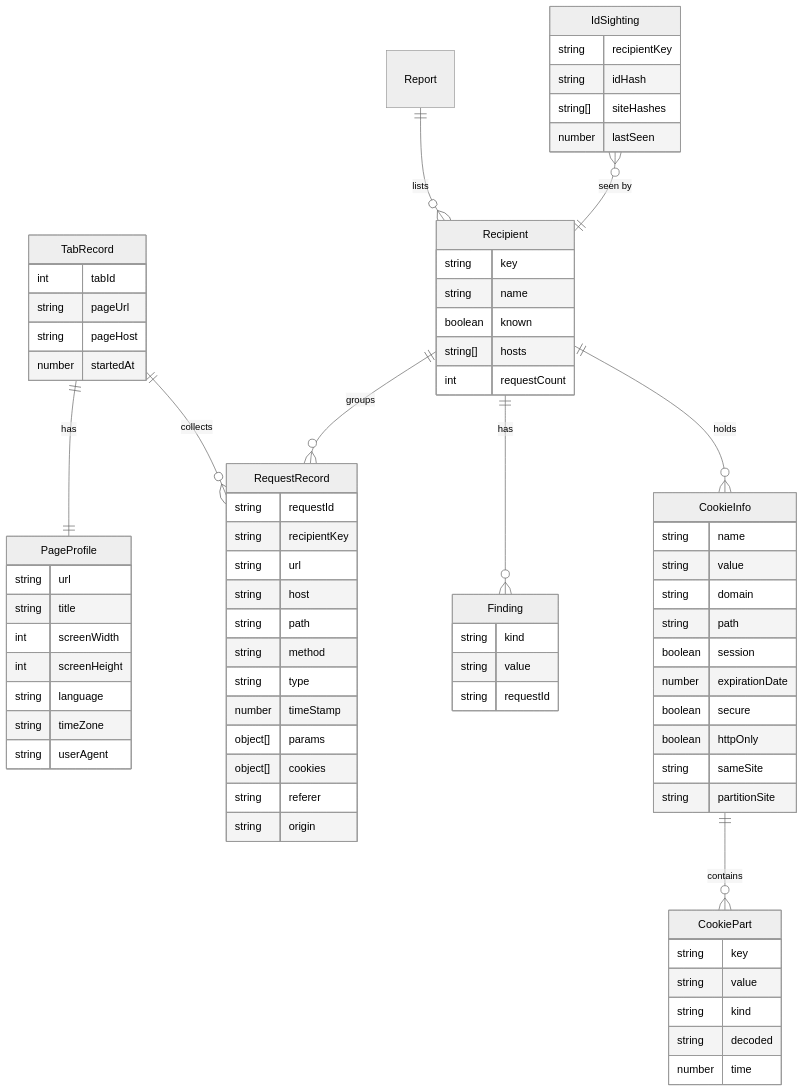
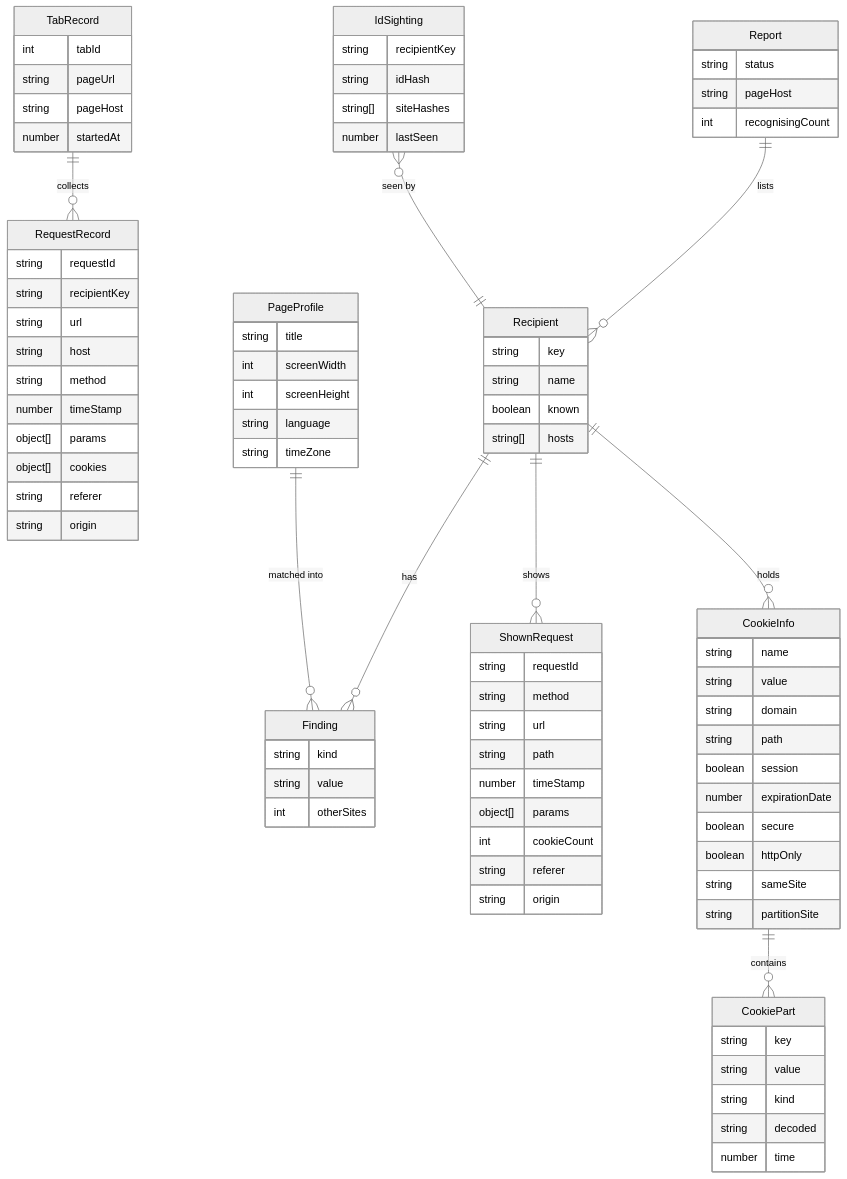
The diagram in docs/data-model.md (KarnesTH/kd-onlooker), drawn with Mermaid (neutral theme) before and after one commit. The commit also changed other lines of this file and 53 other files, not shown here.

````diff
--- a/docs/data-model.md
+++ b/docs/data-model.md
@@ -14,12 +17,12 @@
 ```mermaid
 erDiagram
-    TabRecord ||--|| PageProfile : has
     TabRecord ||--o{ RequestRecord : collects
     Report ||--o{ Recipient : lists
     Recipient ||--o{ Finding : has
-    Recipient ||--o{ RequestRecord : groups
+    Recipient ||--o{ ShownRequest : shows
     Recipient ||--o{ CookieInfo : holds
     CookieInfo ||--o{ CookiePart : contains
+    PageProfile ||--o{ Finding : "matched into"
     IdSighting }o--|| Recipient : "seen by"
 
     TabRecord {
@@ -29,34 +32,45 @@
         number startedAt
     }
     PageProfile {
-        string url
         string title
         int screenWidth
         int screenHeight
         string language
         string timeZone
-        string userAgent
     }
     RequestRecord {
         string requestId
         string recipientKey
         string url
         string host
-        string path
         string method
-        string type
         number timeStamp
         object[] params
         object[] cookies
         string referer
         string origin
     }
+    Report {
+        string status
+        string pageHost
+        int recognisingCount
+    }
     Recipient {
         string key
         string name
         boolean known
         string[] hosts
-        int requestCount
+    }
+    ShownRequest {
+        string requestId
+        string method
+        string url
+        string path
+        number timeStamp
+        object[] params
+        int cookieCount
+        string referer
+        string origin
     }
     CookieInfo {
         string name
@@ -80,7 +94,7 @@
     Finding {
         string kind
         string value
-        string requestId
+        int otherSites
     }
     IdSighting {
         string recipientKey
````
